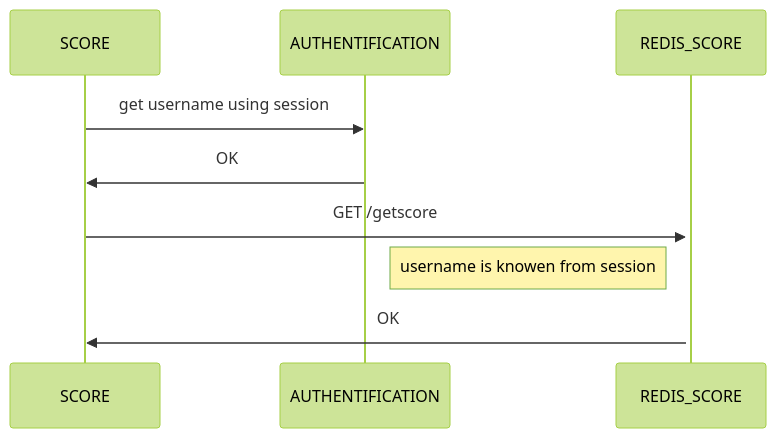
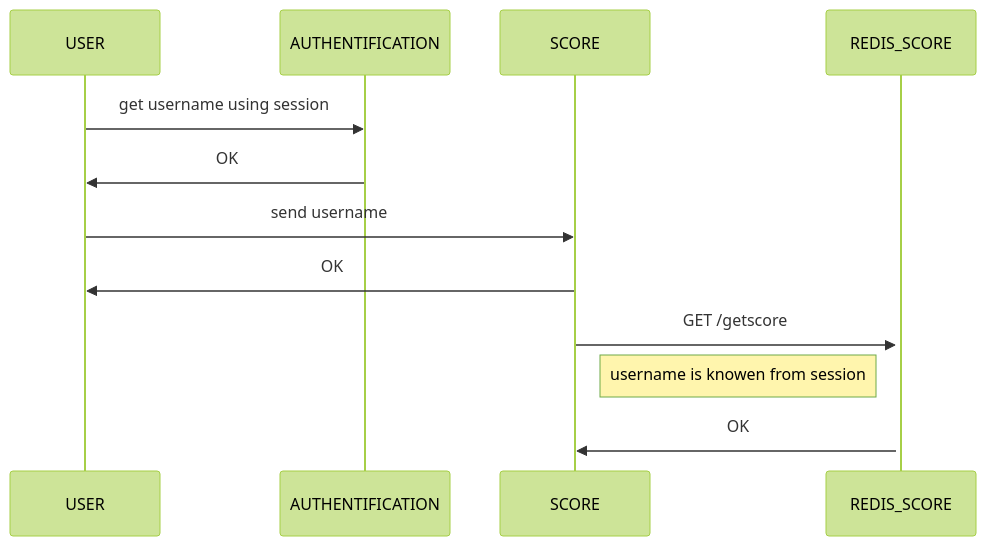
The third of 3 diagrams in README.md (essadany/motus), drawn with Mermaid (forest theme) before and after one commit.

````diff
--- a/README.md
+++ b/README.md
@@ -28,8 +28,10 @@
 ```mermaid
 sequenceDiagram
-    SCORE->>AUTHENTIFICATION : get username using session
-    AUTHENTIFICATION->>SCORE : OK
+    USER->>AUTHENTIFICATION : get username using session
+    AUTHENTIFICATION->>USER : OK
+    USER->>SCORE : send username
+    SCORE->>USER : OK
     SCORE->>+REDIS_SCORE : GET /getscore
     note left of REDIS_SCORE : username is knowen from session
     REDIS_SCORE->>SCORE : OK
 ```
````
